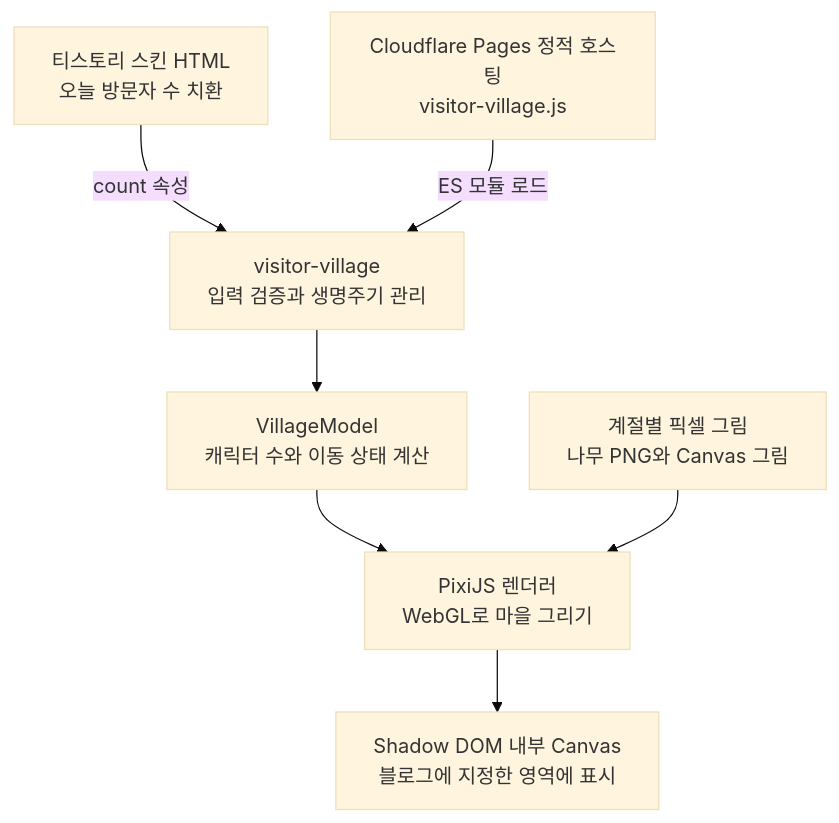
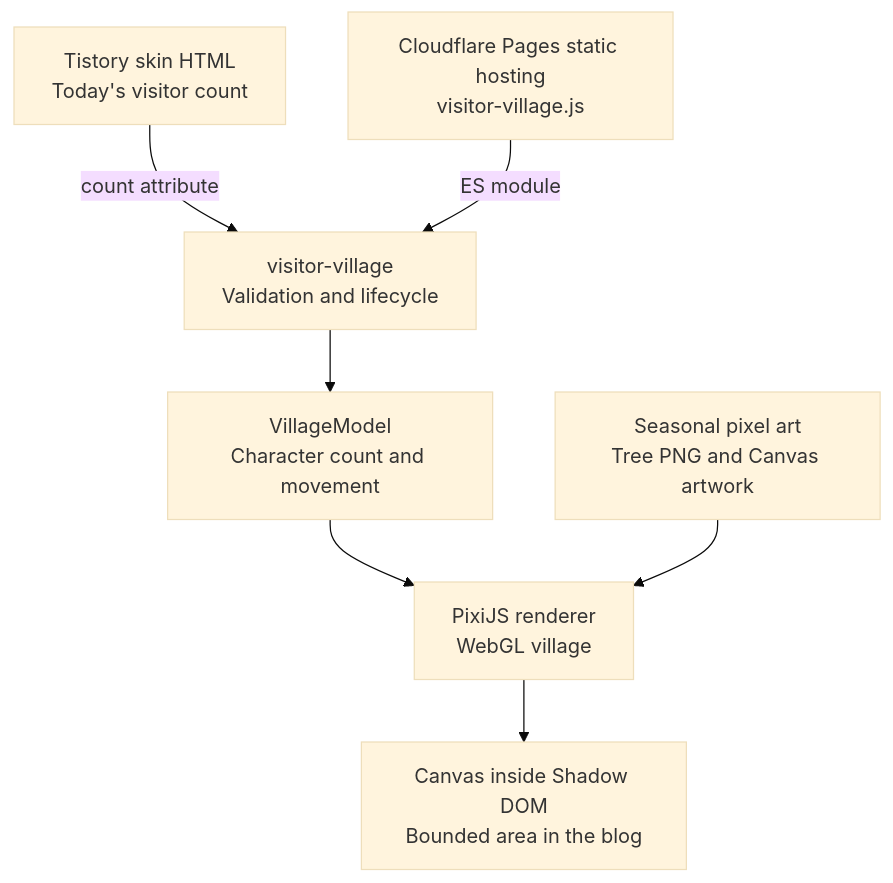
Before and after one commit to hyunolike/pixel-visitor-village: the diagram in README.md, drawn with Mermaid (base theme). The commit also changed other lines of this file and 3 other files, not shown here.

````diff
--- a/README.md
+++ b/README.md
@@ -83,9 +83,9 @@
 ```mermaid
 flowchart TD
-    T["티스토리 스킨 HTML<br/>오늘 방문자 수 치환"] -->|count 속성| W["visitor-village<br/>입력 검증과 생명주기 관리"]
-    V["Cloudflare Pages 정적 호스팅<br/>visitor-village.js"] -->|ES 모듈 로드| W
-    W --> M["VillageModel<br/>캐릭터 수와 이동 상태 계산"]
-    M --> R["PixiJS 렌더러<br/>WebGL로 마을 그리기"]
-    A["계절별 픽셀 그림<br/>나무 PNG와 Canvas 그림"] --> R
-    R --> C["Shadow DOM 내부 Canvas<br/>블로그에 지정한 영역에 표시"]
+    T["Tistory skin HTML<br/>Today's visitor count"] -->|count attribute| W["visitor-village<br/>Validation and lifecycle"]
+    V["Cloudflare Pages static hosting<br/>visitor-village.js"] -->|ES module| W
+    W --> M["VillageModel<br/>Character count and movement"]
+    M --> R["PixiJS renderer<br/>WebGL village"]
+    A["Seasonal pixel art<br/>Tree PNG and Canvas artwork"] --> R
+    R --> C["Canvas inside Shadow DOM<br/>Bounded area in the blog"]
 ```
````
